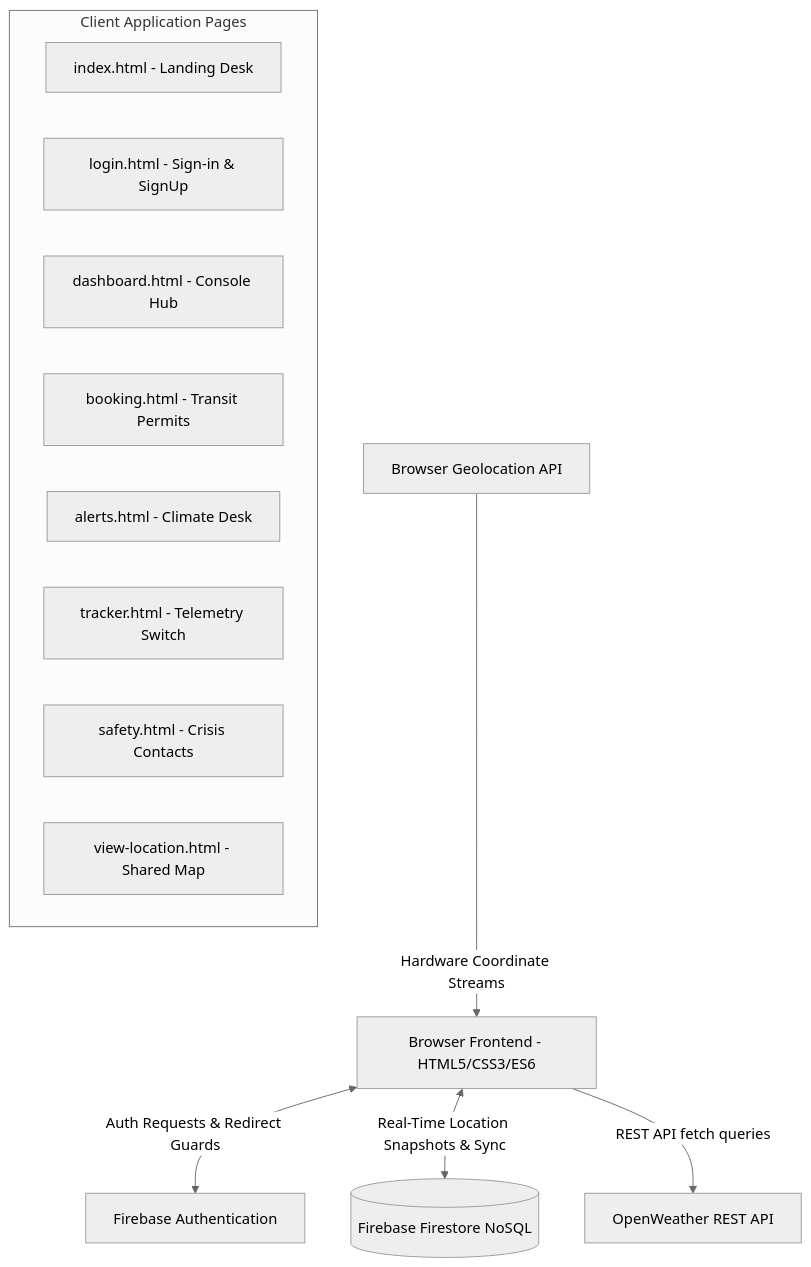
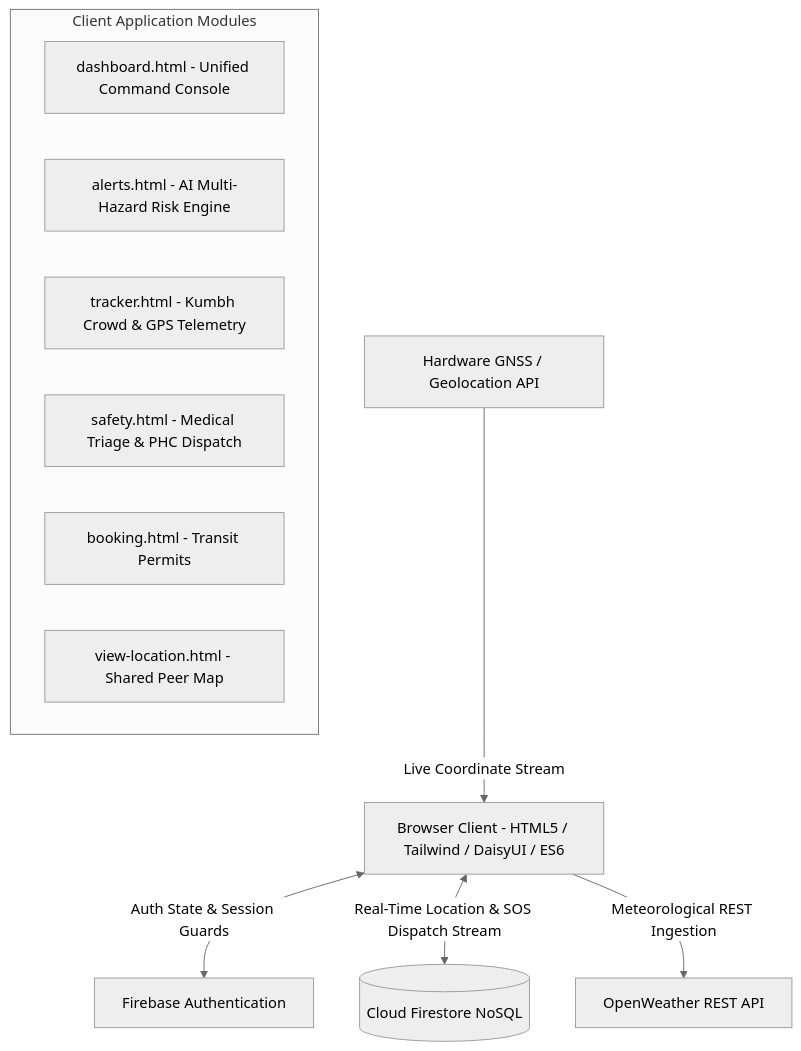
The diagram in README.md (robertsonathokpam/exploreguard_2.0), drawn with Mermaid (neutral theme) before and after one commit. The commit also changed other lines of this file and 16 other files, not shown here.

First line of the commit message:
feat: Implement ExploreGuard AI Disaster Risk & Triage Engine

````diff
--- a/README.md
+++ b/README.md
@@ -11,18 +59,16 @@
 ```mermaid
 graph TD
-    Client[Browser Frontend - HTML5/CSS3/ES6] <--> |Auth Requests & Redirect Guards| Auth[Firebase Authentication]
-    Client <--> |Real-Time Location Snapshots & Sync| DB[(Firebase Firestore NoSQL)]
-    Client --> |REST API fetch queries| WeatherAPI[OpenWeather REST API]
-    Geoloc[Browser Geolocation API] --> |Hardware Coordinate Streams| Client
+    Client[Browser Client - HTML5 / Tailwind / DaisyUI / ES6] <--> |Auth State & Session Guards| Auth[Firebase Authentication]
+    Client <--> |Real-Time Location & SOS Dispatch Stream| DB[(Cloud Firestore NoSQL)]
+    Client --> |Meteorological REST Ingestion| WeatherAPI[OpenWeather REST API]
+    Sensors[Hardware GNSS / Geolocation API] --> |Live Coordinate Stream| Client
     
-    subgraph Client Application Pages
-      Index[index.html - Landing Desk]
-      Login[login.html - Sign-in & SignUp]
-      Dash[dashboard.html - Console Hub]
+    subgraph Client Application Modules
+      Dash[dashboard.html - Unified Command Console]
+      Alert[alerts.html - AI Multi-Hazard Risk Engine]
+      Track[tracker.html - Kumbh Crowd & GPS Telemetry]
+      Safety[safety.html - Medical Triage & PHC Dispatch]
       Book[booking.html - Transit Permits]
-      Alert[alerts.html - Climate Desk]
-      Track[tracker.html - Telemetry Switch]
-      Safety[safety.html - Crisis Contacts]
-      View[view-location.html - Shared Map]
+      View[view-location.html - Shared Peer Map]
     end
 ```
````
